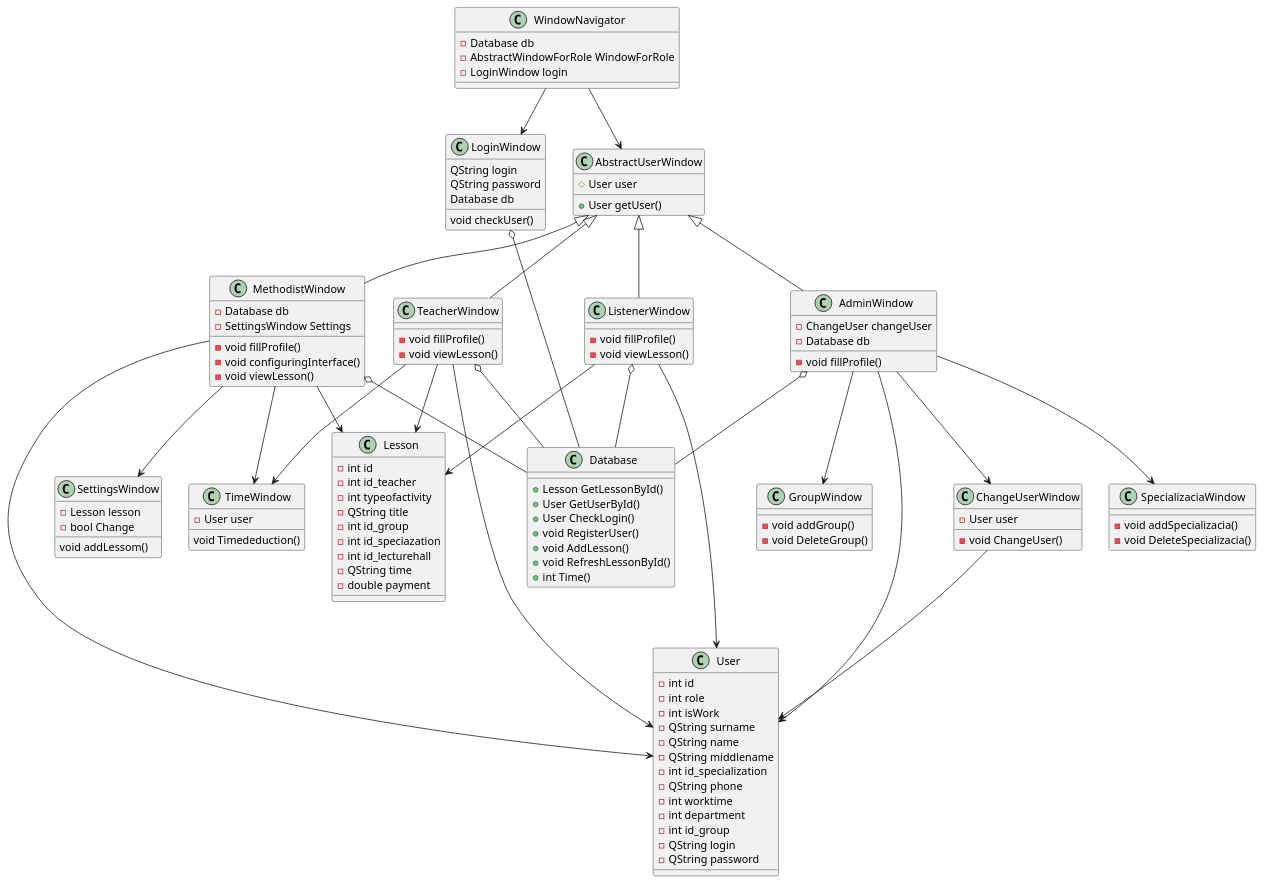
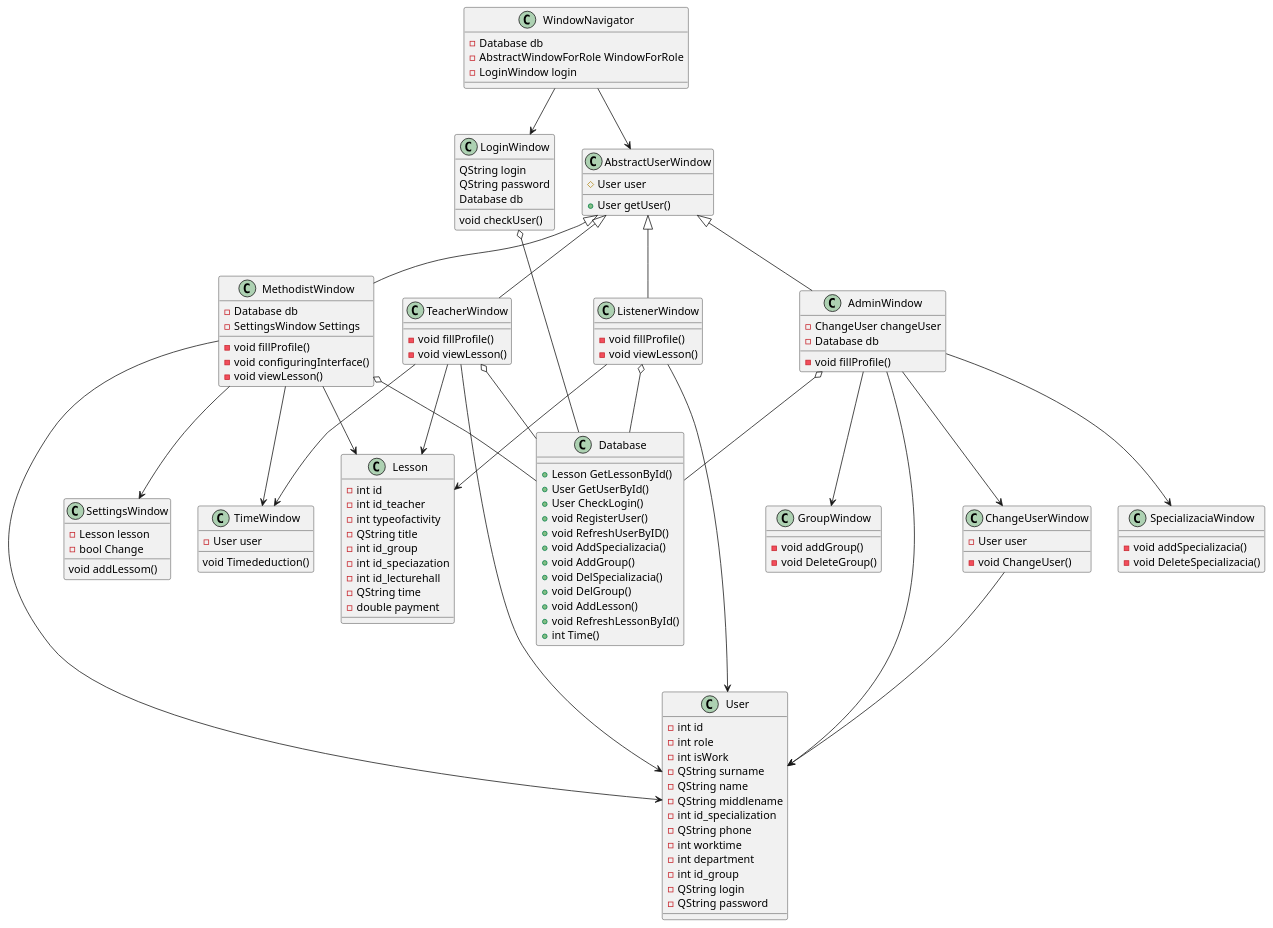
Before and after one commit to Undetaker45/MDKP: the diagram in UML/Classes/Classes.wsd, drawn with PlantUML. The commit also changed 64 other files, not shown here.

```diff
--- a/UML/Classes/Classes.wsd
+++ b/UML/Classes/Classes.wsd
@@ -1,138 +1,143 @@
 @startuml Classes.wsd
 
 class User{
     -int id
     -int role
     -int isWork
     -QString surname
     -QString name
     -QString middlename
     -int id_specialization
     -QString phone
     -int worktime
     -int department
     -int id_group
     -QString login
     -QString password
 }
 
 class Lesson{
     -int id
     -int id_teacher
     -int typeofactivity
     -QString title
     -int id_group
     -int id_speciazation
     -int id_lecturehall
     -QString time
     -double payment
 }
 
 class  LoginWindow{
    QString login
    QString password
    Database db
    void checkUser()
 }
 
 
 class ChangeUserWindow{
    -User user
    -void ChangeUser()
 }
 
 class SettingsWindow{
     -Lesson lesson
     -bool Change
     void addLessom()
 }
 
 class TimeWindow{
     void Timededuction()
     -User user
 }
 
 class AbstractUserWindow{
     +User getUser()
     #User user
 }
 
 class WindowNavigator{
     -Database db
     -AbstractWindowForRole WindowForRole
     -LoginWindow login
 }
 
 class Database {
     +Lesson GetLessonById()
     +User GetUserById()
     +User CheckLogin()
     +void RegisterUser()
+    +void RefreshUserByID()
+    +void AddSpecializacia()
+    +void AddGroup()
+    +void DelSpecializacia()
+    +void DelGroup()
     +void AddLesson()
     +void RefreshLessonById()
     +int Time()
 }
 
 class AdminWindow{
     -ChangeUser changeUser
     -Database db
     -void fillProfile()
 }
 
 class SpecializaciaWindow{
     -void addSpecializacia()
     -void DeleteSpecializacia()
 }
 
 class GroupWindow{
     -void addGroup()
     -void DeleteGroup()
 }
 
 class MethodistWindow{
     -void fillProfile()
     -void configuringInterface()
     -Database db
     -SettingsWindow Settings
     -void viewLesson()
 
 }
 
 class TeacherWindow{
     -void fillProfile()
     -void viewLesson()
 }
 
 Class ListenerWindow{
     -void fillProfile()
         -void viewLesson()
 
 }
 
 AbstractUserWindow <|-- AdminWindow
 AbstractUserWindow <|-- MethodistWindow
 AbstractUserWindow <|-- TeacherWindow
 AbstractUserWindow <|-- ListenerWindow
 MethodistWindow o-- Database
 AdminWindow o-- Database
 TeacherWindow o-- Database
 ListenerWindow o-- Database
 WindowNavigator --> AbstractUserWindow
 WindowNavigator --> LoginWindow
 AdminWindow --> ChangeUserWindow
 AdminWindow --> GroupWindow
 AdminWindow --> SpecializaciaWindow
 MethodistWindow --> SettingsWindow
 MethodistWindow --> TimeWindow
 TeacherWindow --> TimeWindow
 MethodistWindow --> Lesson
 TeacherWindow --> Lesson
 ListenerWindow --> Lesson
 AdminWindow --> User
 MethodistWindow --> User
 TeacherWindow --> User
 ListenerWindow --> User
 ChangeUserWindow --> User
 LoginWindow o-- Database
 
 @enduml
```
